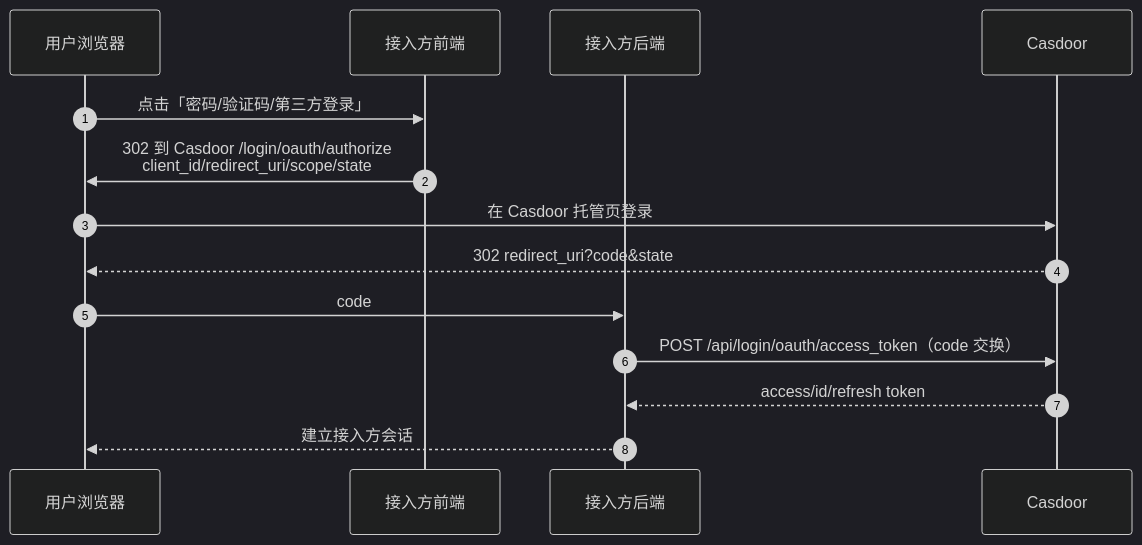
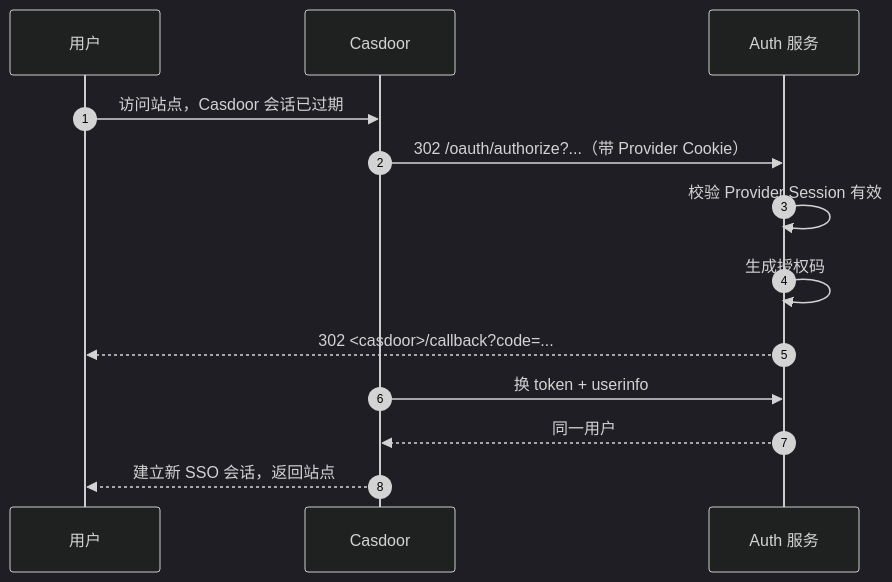
One commit to Deliay/z-vtuber changed the sixth of 8 diagrams in docs/engineering/proposals/20261119-proposal-danmaku-account-auth.md. Above: the diagram before and after it, drawn with Mermaid (dark theme). The commit also changed other lines of this file and 1 other file, not shown here.

Commit message:
docs(auth): 返工 v2.0，改为多站点 Casdoor SSO 与多房间事件源

````diff
--- a/docs/engineering/proposals/20261119-proposal-danmaku-account-auth.md
+++ b/docs/engineering/proposals/20261119-proposal-danmaku-account-auth.md
@@ -1002,17 +1025,16 @@
 ```mermaid
 sequenceDiagram
     autonumber
-    participant U as 用户浏览器
-    participant F as 接入方前端
-    participant B as 接入方后端
+    participant U as 用户
     participant C as Casdoor
+    participant P as Auth 服务
 
-    U->>F: 点击「密码/验证码/第三方登录」
-    F->>U: 302 到 Casdoor /login/oauth/authorize<br/>client_id/redirect_uri/scope/state
-    U->>C: 在 Casdoor 托管页登录
-    C-->>U: 302 redirect_uri?code&state
-    U->>B: code
-    B->>C: POST /api/login/oauth/access_token（code 交换）
-    C-->>B: access/id/refresh token
-    B-->>U: 建立接入方会话
+    U->>C: 访问站点，Casdoor 会话已过期
+    C->>P: 302 /oauth/authorize?...（带 Provider Cookie）
+    P->>P: 校验 Provider Session 有效
+    P->>P: 生成授权码
+    P-->>U: 302 <casdoor>/callback?code=...
+    C->>P: 换 token + userinfo
+    P-->>C: 同一用户
+    C-->>U: 建立新 SSO 会话，返回站点
 ```
````
